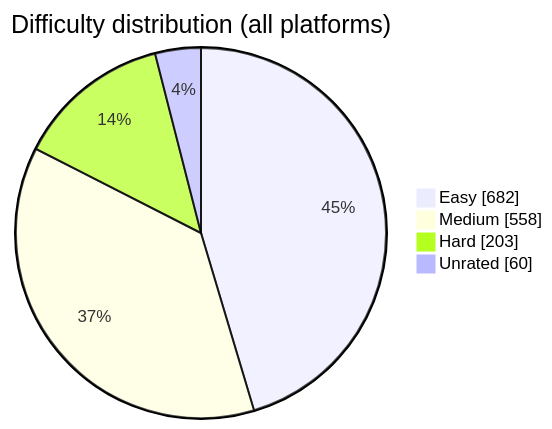
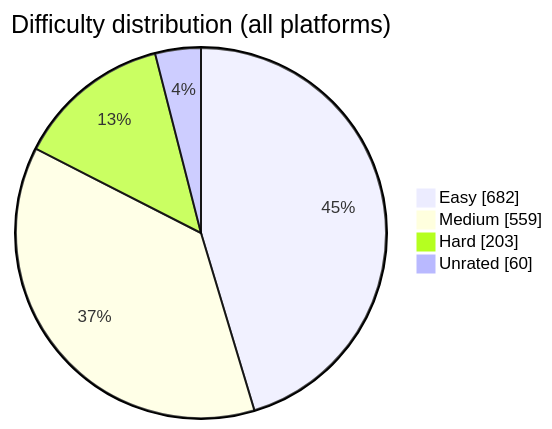
Before and after one commit to BuildbyArindam/Daily-Coding-Log: the diagram in README.md, drawn with Mermaid. The commit also changed other lines of this file, not shown here.

````diff
--- a/README.md
+++ b/README.md
@@ -93,7 +93,7 @@
 ```mermaid
 pie showData title Difficulty distribution (all platforms)
     "Easy" : 682
-    "Medium" : 558
+    "Medium" : 559
     "Hard" : 203
     "Unrated" : 60
 ```
````
